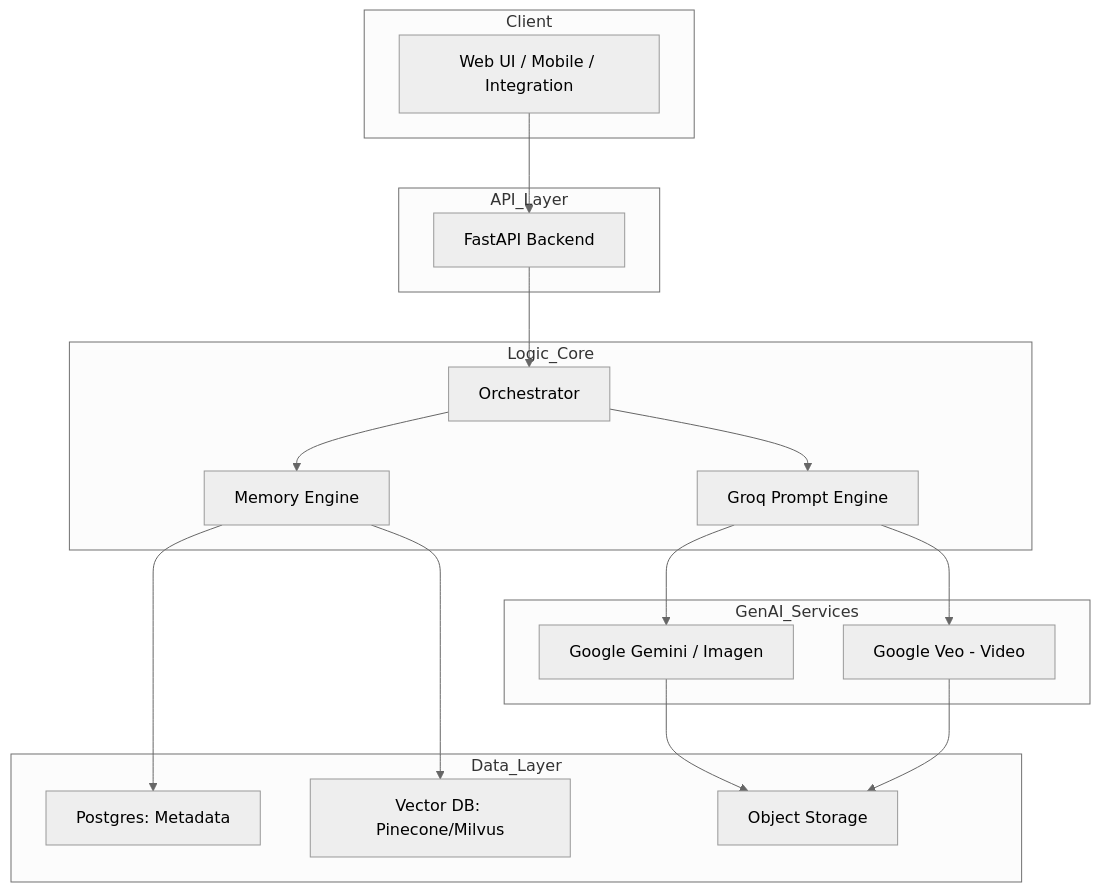
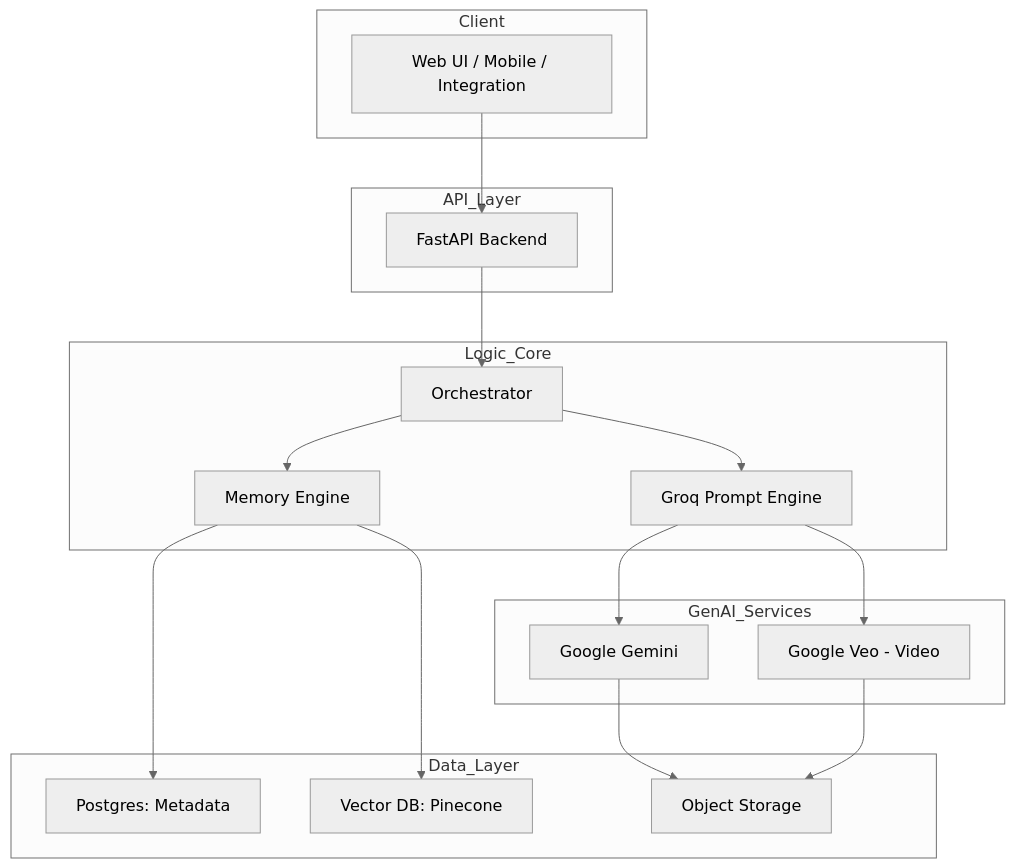
The diagram in README.md (Nithin9585/LoraFrame), drawn with Mermaid (neutral theme) before and after one commit.

Commit message:
Update README to reflect changes in service names

````diff
--- a/README.md
+++ b/README.md
@@ -19,40 +19,40 @@
 ```mermaid
 graph TD
 
   subgraph Client
     UI["Web UI / Mobile / Integration"]
   end
 
   subgraph API_Layer
     API["FastAPI Backend"]
   end
 
   subgraph Logic_Core
     Orch["Orchestrator"]
     MemEng["Memory Engine"]
     PromptEng["Groq Prompt Engine"]
   end
 
   subgraph Data_Layer
     PG["Postgres: Metadata"]
-    VDB["Vector DB: Pinecone/Milvus"]
+    VDB["Vector DB: Pinecone"]
     S3["Object Storage"]
   end
 
   subgraph GenAI_Services
-    Gemini["Google Gemini / Imagen"]
+    Gemini["Google Gemini "]
     Veo["Google Veo - Video"]
   end
 
   UI --> API
   API --> Orch
   Orch --> MemEng
   MemEng --> PG
   MemEng --> VDB
   Orch --> PromptEng
   PromptEng --> Gemini
   PromptEng --> Veo
   Gemini --> S3
   Veo --> S3
 
 ```
````
